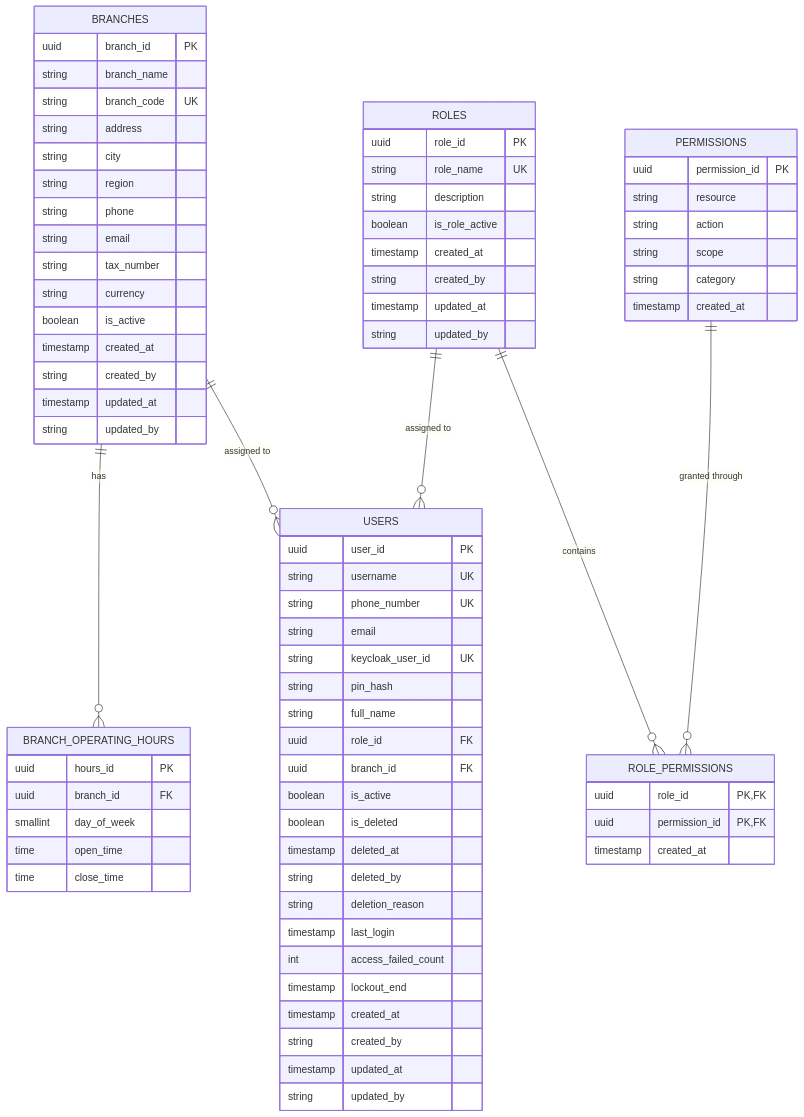
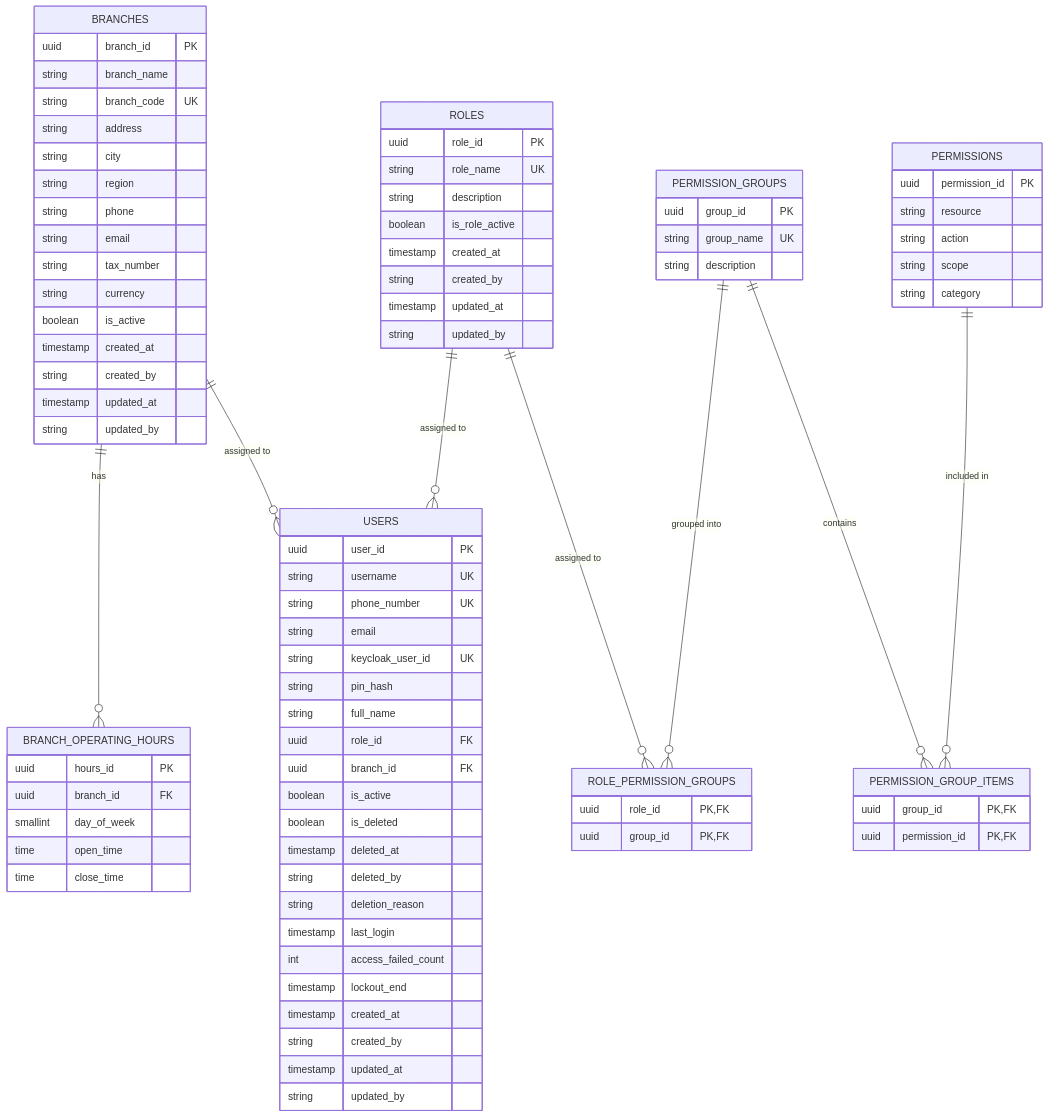
The first of 3 diagrams in docs/SYSTEM_SPECIFICATION_AND_ROLES.md (EngWaleed999/POS), drawn with Mermaid before and after one commit. The commit also changed other lines of this file and 15 other files, not shown here.

First line of the commit message:
feat: Implement dynamic RBAC with reusable permission groups and enhance authorization strategy

```diff
--- a/docs/SYSTEM_SPECIFICATION_AND_ROLES.md
+++ b/docs/SYSTEM_SPECIFICATION_AND_ROLES.md
@@ -40,8 +40,10 @@
     BRANCHES ||--o{ BRANCH_OPERATING_HOURS : "has"
     BRANCHES ||--o{ USERS : "assigned to"
     ROLES ||--o{ USERS : "assigned to"
-    ROLES ||--o{ ROLE_PERMISSIONS : "contains"
-    PERMISSIONS ||--o{ ROLE_PERMISSIONS : "granted through"
+    ROLES ||--o{ ROLE_PERMISSION_GROUPS : "assigned to"
+    PERMISSION_GROUPS ||--o{ ROLE_PERMISSION_GROUPS : "grouped into"
+    PERMISSION_GROUPS ||--o{ PERMISSION_GROUP_ITEMS : "contains"
+    PERMISSIONS ||--o{ PERMISSION_GROUP_ITEMS : "included in"
 
     BRANCHES {
         uuid branch_id PK
@@ -80,19 +82,28 @@
         string updated_by
     }
 
+    PERMISSION_GROUPS {
+        uuid group_id PK
+        string group_name UK
+        string description
+    }
+
     PERMISSIONS {
         uuid permission_id PK
         string resource
         string action
         string scope
         string category
-        timestamp created_at
     }
 
-    ROLE_PERMISSIONS {
+    PERMISSION_GROUP_ITEMS {
+        uuid group_id PK,FK
+        uuid permission_id PK,FK
+    }
+
+    ROLE_PERMISSION_GROUPS {
         uuid role_id PK,FK
-        uuid permission_id PK,FK
-        timestamp created_at
+        uuid group_id PK,FK
     }
 
     USERS {
```
